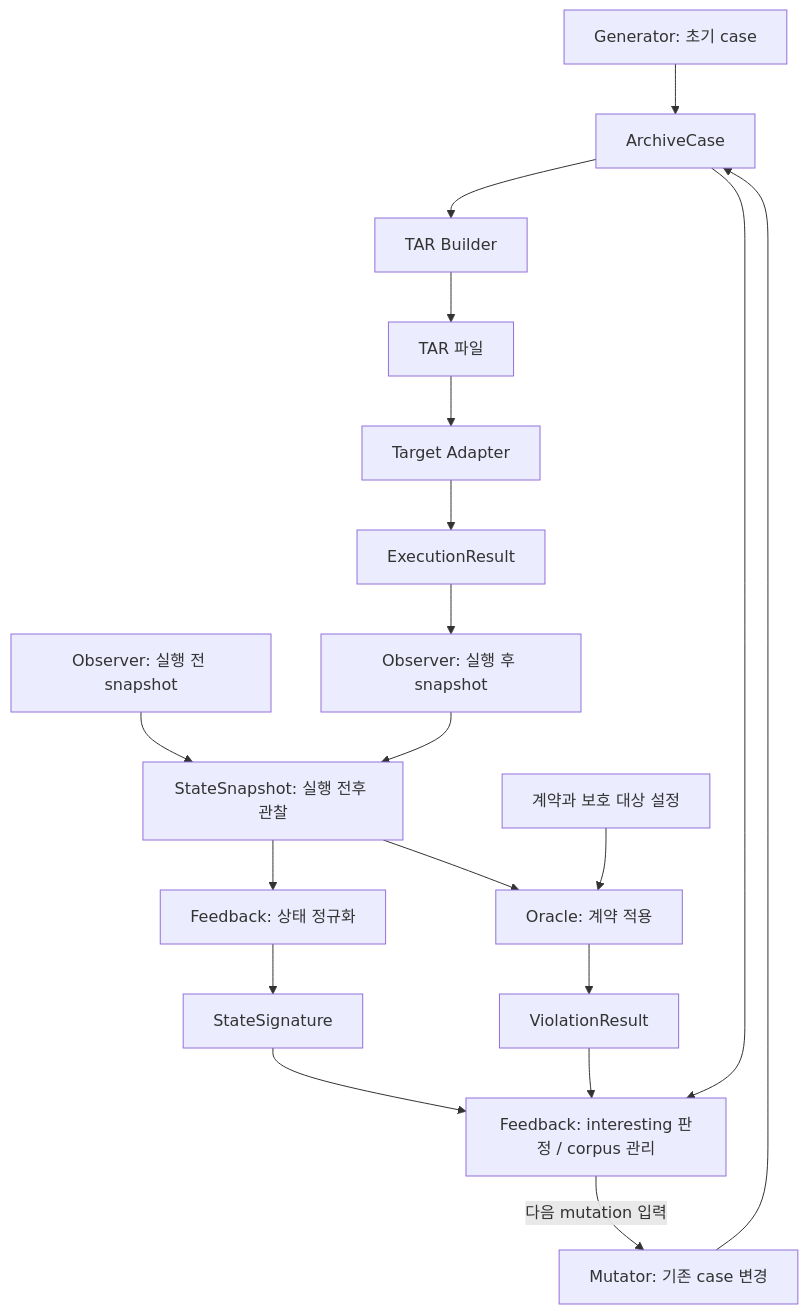
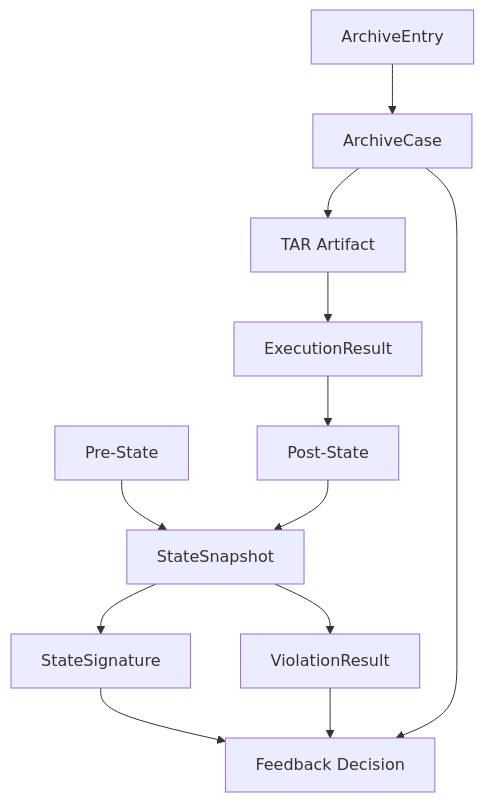
Before and after one commit to TheWaitForAGI/InodeFence: the third of 10 diagrams in docs/research/design/architecture.md, drawn with Mermaid. The commit also changed other lines of this file and 6 other files, not shown here.

Commit message:
docs: deepen system architecture and evidence flow

````diff
--- a/docs/research/design/architecture.md
+++ b/docs/research/design/architecture.md
@@ -67,21 +185,14 @@
-```mermaid
+~~~mermaid
 flowchart TD
-    G["Generator: 초기 case"] --> AC[ArchiveCase]
-    M["Mutator: 기존 case 변경"] --> AC
-    AC --> B["TAR Builder"]
-    B --> TAR["TAR 파일"]
-    TAR --> T["Target Adapter"]
-    T --> ER[ExecutionResult]
-    PRE["Observer: 실행 전 snapshot"] --> SS["StateSnapshot: 실행 전후 관찰"]
-    ER --> POST["Observer: 실행 후 snapshot"]
+    AE["ArchiveEntry"] --> AC["ArchiveCase"]
+    AC --> TAR["TAR Artifact"]
+    TAR --> ER["ExecutionResult"]
+    PRE["Pre-State"] --> SS["StateSnapshot"]
+    ER --> POST["Post-State"]
     POST --> SS
-    SS --> FB["Feedback: 상태 정규화"]
-    FB --> SIG[StateSignature]
-    SS --> OR["Oracle: 계약 적용"]
-    CT["계약과 보호 대상 설정"] --> OR
-    OR --> VR[ViolationResult]
-    SIG --> SELECT["Feedback: interesting 판정 / corpus 관리"]
-    VR --> SELECT
-    AC --> SELECT
-    SELECT -->|다음 mutation 입력| M
-```
+    SS --> SIG["StateSignature"]
+    SS --> VR["ViolationResult"]
+    SIG --> FD["Feedback Decision"]
+    VR --> FD
+    AC --> FD
+~~~
````
